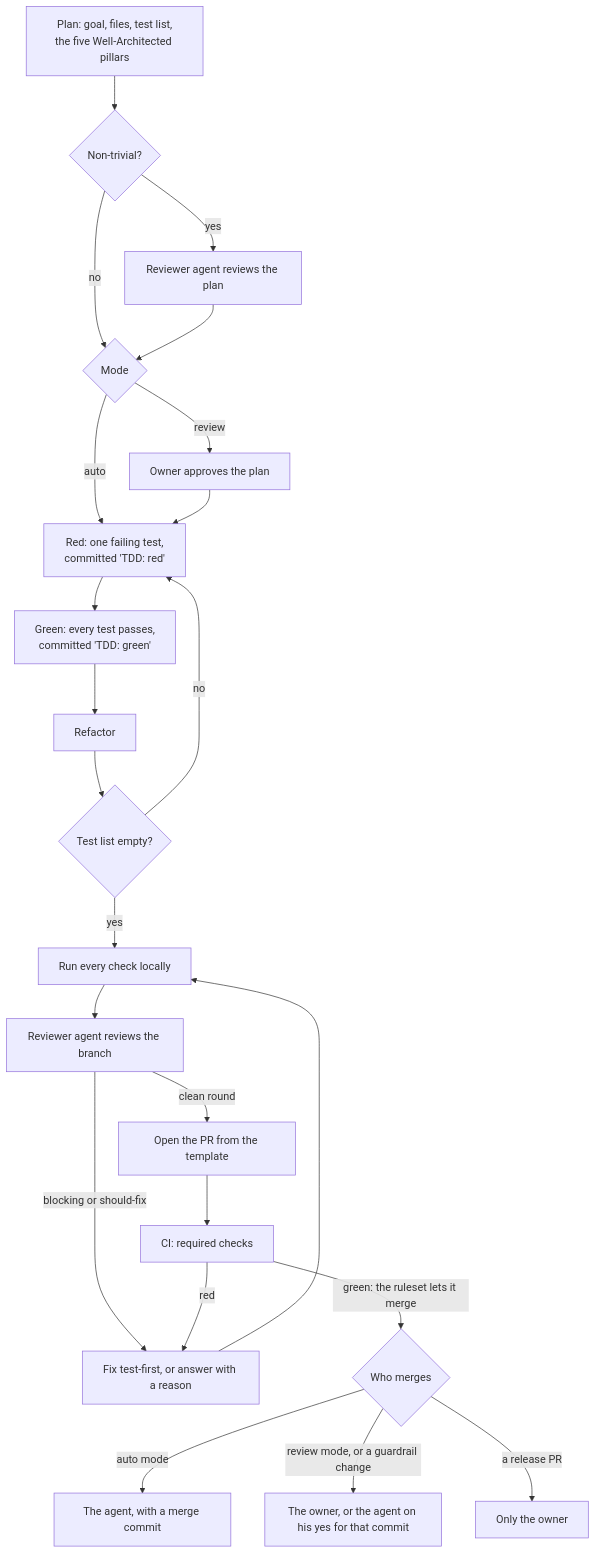
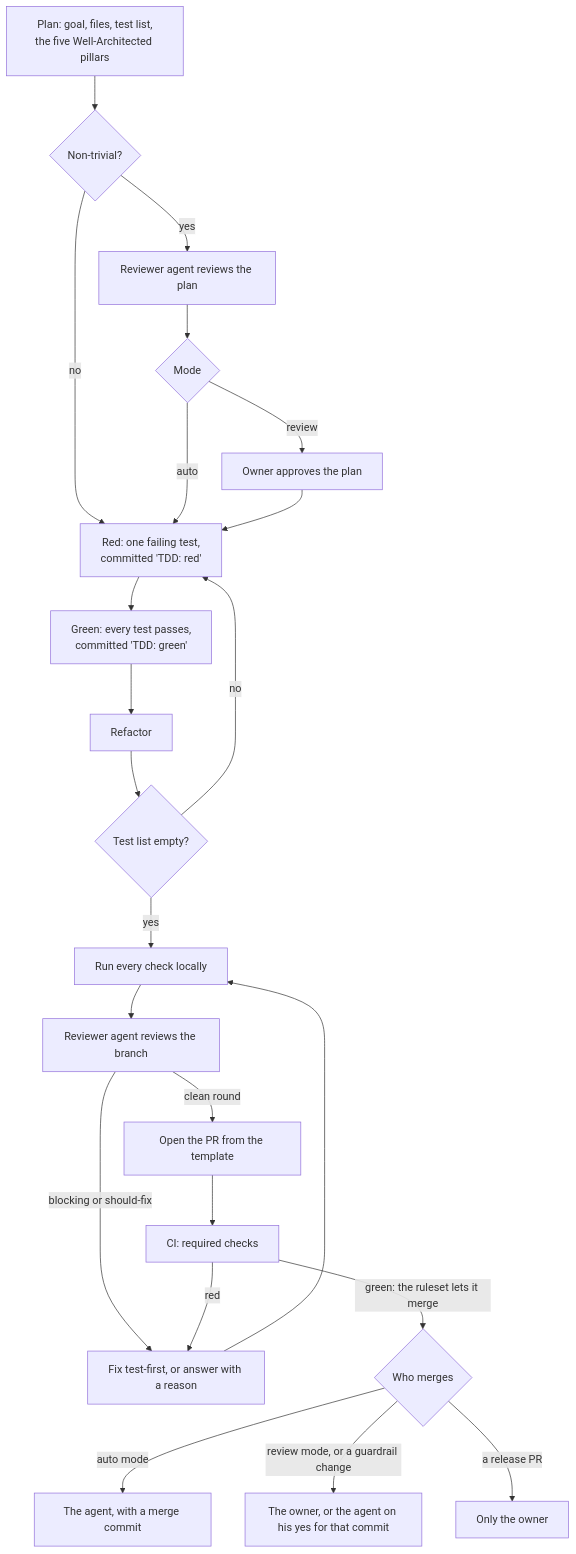
Before and after one commit to DerekFoulk/dotnet-agent-kit: the second of 5 diagrams in README.md, drawn with Mermaid. The commit also changed other lines of this file and 5 other files, not shown here.

First line of the commit message:
docs: answer the docs review: honest status, the true flows, terms explained

````diff
--- a/README.md
+++ b/README.md
@@ -65,27 +65,27 @@
 ```mermaid
 flowchart TD
     accTitle: How one task flows
-    accDescr: The agent plans the task with a test list, and the reviewer agent reviews a non-trivial plan. In review mode the owner approves it. Then for each item on the test list the agent commits a failing test, marked red, and the change that makes every test pass, marked green, and refactors. When the list is empty it runs every check, the reviewer agent reviews the branch until a round finds nothing blocking, and it opens a pull request. CI runs, and the ruleset holds the merge until CI passes. In auto mode the agent merges; in review mode the owner does. A change to the guardrails needs the owner's yes, and release pull requests are always the owner's.
+    accDescr: The agent plans the task with a test list, and the reviewer agent reviews a non-trivial plan. In review mode the owner approves a non-trivial plan. Then for each item on the test list the agent commits a failing test, marked red, and the change that makes every test pass, marked green, and refactors. When the list is empty it runs every check, the reviewer agent reviews the branch until a round finds nothing blocking or should-fix, and it opens a pull request. CI runs, and the ruleset holds the merge until CI passes. In auto mode the agent merges; in review mode the owner does. A change to the guardrails needs the owner's yes, and release pull requests are always the owner's.
     P["Plan: goal, files, test list,<br/>the five Well-Architected pillars"] --> PR{"Non-trivial?"}
     PR -- yes --> RV1["Reviewer agent reviews the plan"]
-    PR -- no --> M1
+    PR -- no --> RED
     RV1 --> M1{"Mode"}
     M1 -- review --> OK["Owner approves the plan"]
     M1 -- auto --> RED
     OK --> RED["Red: one failing test,<br/>committed 'TDD: red'"]
     RED --> GREEN["Green: every test passes,<br/>committed 'TDD: green'"]
     GREEN --> REF["Refactor"]
     REF --> MORE{"Test list empty?"}
     MORE -- no --> RED
     MORE -- yes --> CHK["Run every check locally"]
     CHK --> RV2["Reviewer agent reviews the branch"]
     RV2 -- "blocking or should-fix" --> FIX["Fix test-first, or answer with a reason"]
     FIX --> CHK
     RV2 -- "clean round" --> OPEN["Open the PR from the template"]
     OPEN --> CI["CI: required checks"]
     CI -- red --> FIX
     CI -- "green: the ruleset lets it merge" --> WHO{"Who merges"}
     WHO -- "auto mode" --> AM["The agent, with a merge commit"]
     WHO -- "review mode, or a guardrail change" --> OM["The owner, or the agent on his yes for that commit"]
     WHO -- "a release PR" --> REL["Only the owner"]
 ```
````
